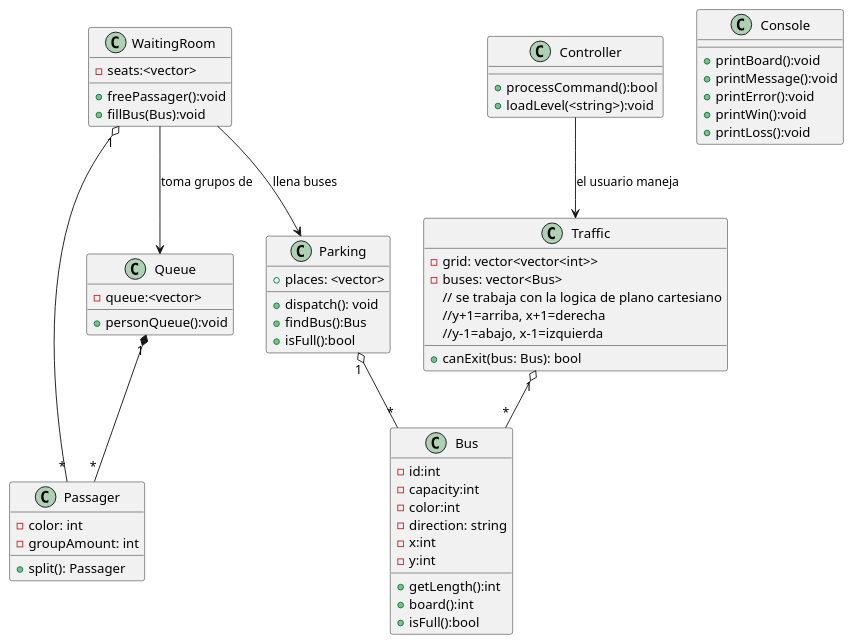
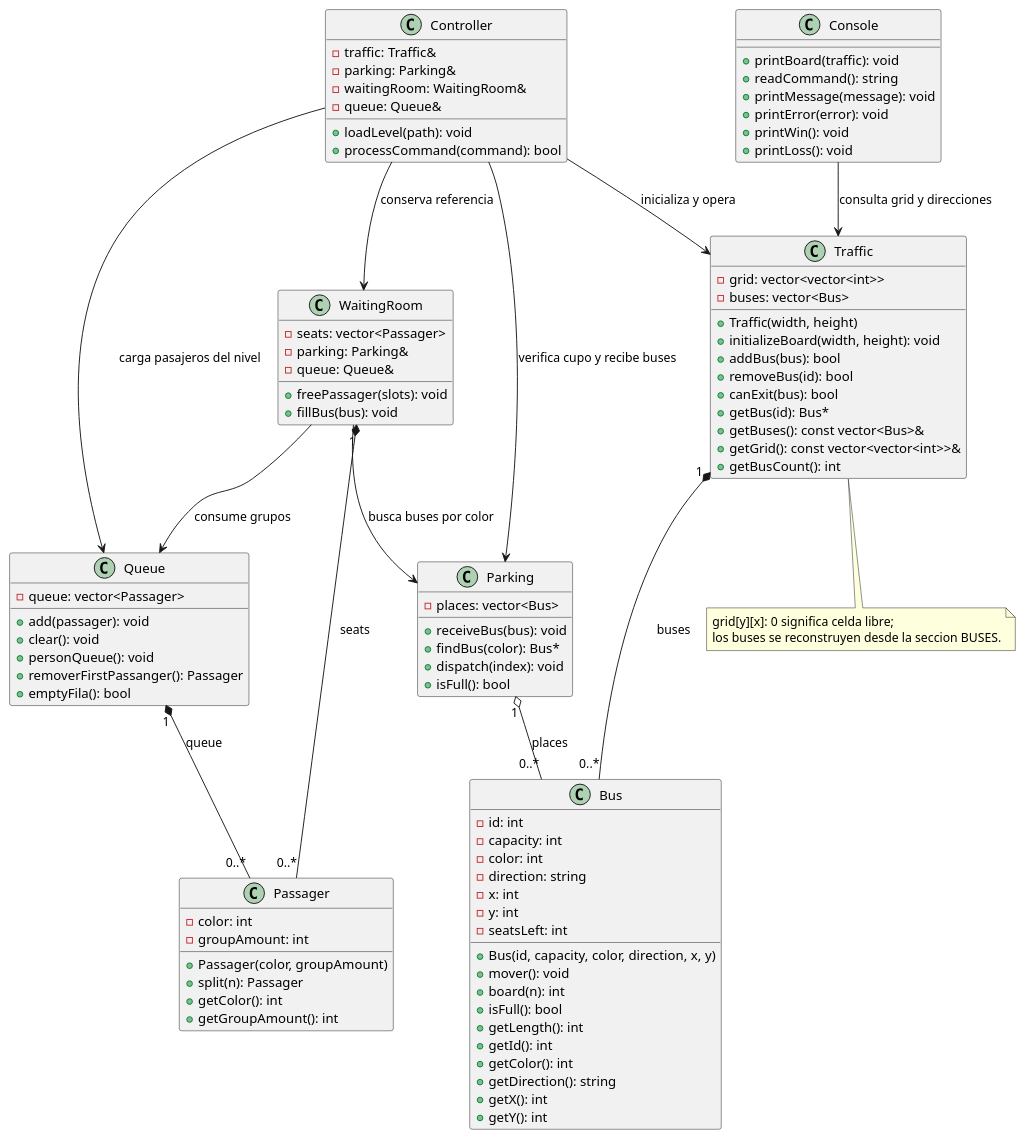
Before and after one commit to 4l0nsoo/Busfever-proyectoPOO: the diagram in diagramas/arquitectura.puml, drawn with PlantUML. The commit also changed 13 other files, not shown here.

```diff
--- a/diagramas/arquitectura.puml
+++ b/diagramas/arquitectura.puml
@@ -1,67 +1,106 @@
 @startuml arquitectura
 
-    class Bus{
-        - id:int
-        - capacity:int
-        - color:int 
-        - direction: string
-        - x:int
-        - y:int
-        + getLength():int
-        + board():int
-        + isFull():bool
-    }
-    
-    class Passager{
-        - color: int
-        - groupAmount: int
-        + split(): Passager
-    }
+class Bus {
+    - id: int
+    - capacity: int
+    - color: int
+    - direction: string
+    - x: int
+    - y: int
+    - seatsLeft: int
+    + Bus(id, capacity, color, direction, x, y)
+    + mover(): void
+    + board(n): int
+    + isFull(): bool
+    + getLength(): int
+    + getId(): int
+    + getColor(): int
+    + getDirection(): string
+    + getX(): int
+    + getY(): int
+}
 
-    class Parking{
-        + places: <vector>
-        + dispatch(): void
-        + findBus():Bus
-        + isFull():bool
-    }
+class Passager {
+    - color: int
+    - groupAmount: int
+    + Passager(color, groupAmount)
+    + split(n): Passager
+    + getColor(): int
+    + getGroupAmount(): int
+}
 
-    class Traffic{
-        - grid: vector<vector<int>>
-        - buses: vector<Bus>
-        + canExit(bus: Bus): bool
-        // se trabaja con la logica de plano cartesiano
-        //y+1=arriba, x+1=derecha
-        //y-1=abajo, x-1=izquierda
-    }
+class Parking {
+    - places: vector<Bus>
+    + receiveBus(bus): void
+    + findBus(color): Bus*
+    + dispatch(index): void
+    + isFull(): bool
+}
 
-    class Queue{
-        - queue:<vector>
-        + personQueue():void
-    }
+class Traffic {
+    - grid: vector<vector<int>>
+    - buses: vector<Bus>
+    + Traffic(width, height)
+    + initializeBoard(width, height): void
+    + addBus(bus): bool
+    + removeBus(id): bool
+    + canExit(bus): bool
+    + getBus(id): Bus*
+    + getBuses(): const vector<Bus>&
+    + getGrid(): const vector<vector<int>>&
+    + getBusCount(): int
+}
 
-    class WaitingRoom{
-        - seats:<vector>
-        + freePassager():void
-        + fillBus(Bus):void
-    }
+class Queue {
+    - queue: vector<Passager>
+    + add(passager): void
+    + clear(): void
+    + personQueue(): void
+    + removerFirstPassanger(): Passager
+    + emptyFila(): bool
+}
 
-    class Console{
-        + printBoard():void
-        + printMessage():void
-        + printError():void
-        + printWin():void
-        + printLoss():void
-    }
+class WaitingRoom {
+    - seats: vector<Passager>
+    - parking: Parking&
+    - queue: Queue&
+    + freePassager(slots): void
+    + fillBus(bus): void
+}
 
-    class Controller{
-        + processCommand():bool
-        + loadLevel(<string>):void 
-    }
-    Traffic "1" o-- "*" Bus
-    Queue "1" *-- "*" Passager
-    Parking "1" o-- "*" Bus
-    WaitingRoom --> Parking : llena buses
-    WaitingRoom --> Queue : toma grupos de
-    Controller --> Traffic : el usuario maneja
-    WaitingRoom "1" o-- "*" Passager
+class Console {
+    + printBoard(traffic): void
+    + readCommand(): string
+    + printMessage(message): void
+    + printError(error): void
+    + printWin(): void
+    + printLoss(): void
+}
+
+class Controller {
+    - traffic: Traffic&
+    - parking: Parking&
+    - waitingRoom: WaitingRoom&
+    - queue: Queue&
+    + loadLevel(path): void
+    + processCommand(command): bool
+}
+
+Traffic "1" *-- "0..*" Bus : buses
+Parking "1" o-- "0..*" Bus : places
+Queue "1" *-- "0..*" Passager : queue
+WaitingRoom "1" *-- "0..*" Passager : seats
+WaitingRoom --> Parking : busca buses por color
+WaitingRoom --> Queue : consume grupos
+Controller --> Traffic : inicializa y opera
+Controller --> Parking : verifica cupo y recibe buses
+Controller --> Queue : carga pasajeros del nivel
+Controller --> WaitingRoom : conserva referencia
+Console --> Traffic : consulta grid y direcciones
+
+note bottom of Traffic
+    grid[y][x]: 0 significa celda libre;
+    los buses se reconstruyen desde la seccion BUSES.
+end note
+
 @enduml
```
